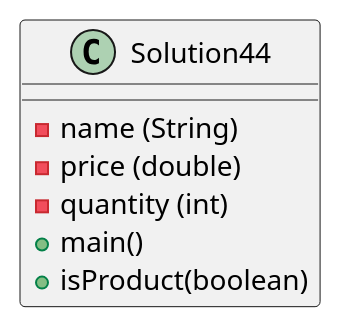
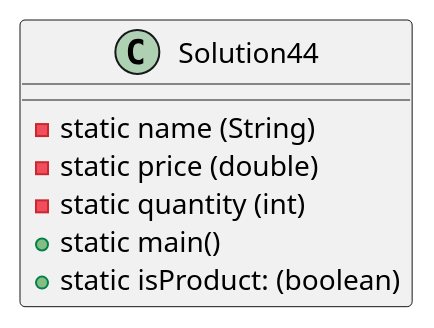
One commit to mathdude3482/Jaro-a04 changed the diagram in exercise44/docs/diagram.puml. Above: the diagram before and after it, drawn with PlantUML. The commit also changed 2 other files, not shown here.

```diff
--- a/exercise44/docs/diagram.puml
+++ b/exercise44/docs/diagram.puml
@@ -1,9 +1,9 @@
 @startuml
 class Solution44{
-    -name (String)
-    -price (double)
-    -quantity (int)
-    +main()
-    +isProduct(boolean)
+    -static name (String)
+    -static price (double)
+    -static quantity (int)
+    +static main()
+    +static isProduct: (boolean)
     }
 @enduml
```
